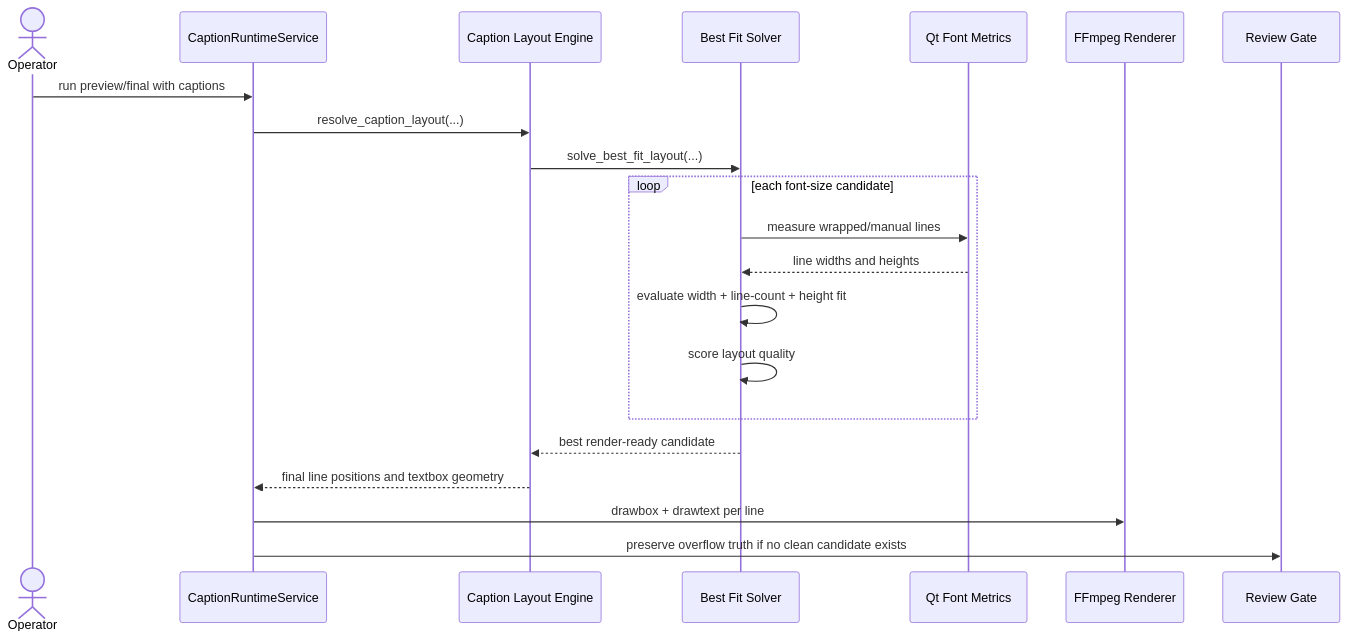
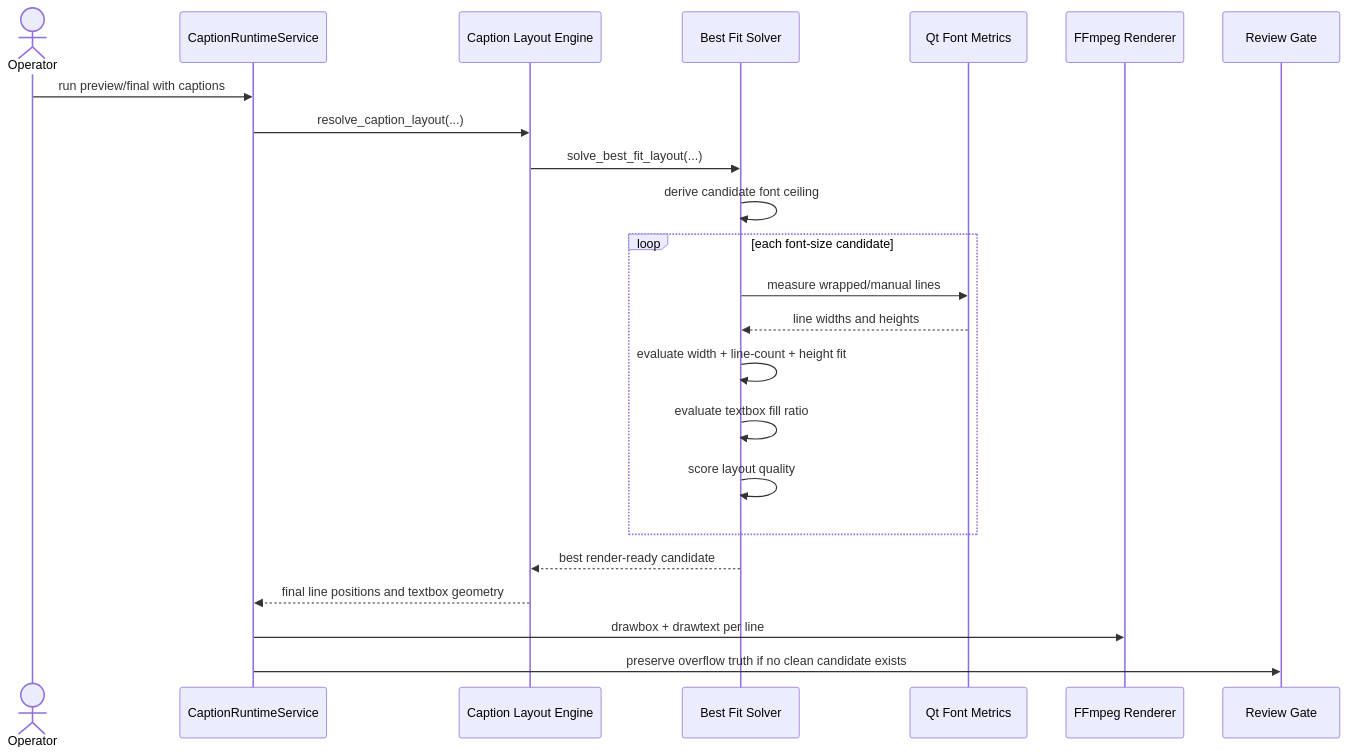
One commit to idev006/MTClipFactory changed the second of 2 diagrams in doc/52_Best_Fit_Caption_Solver_Workflow_2026-06-15.md. Above: the diagram before and after it, drawn with Mermaid. The commit also changed other lines of this file and 3 other files, not shown here.

````diff
--- a/doc/52_Best_Fit_Caption_Solver_Workflow_2026-06-15.md
+++ b/doc/52_Best_Fit_Caption_Solver_Workflow_2026-06-15.md
@@ -93,24 +97,26 @@
 ```mermaid
 sequenceDiagram
     actor Operator
     participant Runtime as CaptionRuntimeService
     participant Layout as Caption Layout Engine
     participant Solver as Best Fit Solver
     participant Metrics as Qt Font Metrics
     participant Render as FFmpeg Renderer
     participant Review as Review Gate
 
     Operator->>Runtime: run preview/final with captions
     Runtime->>Layout: resolve_caption_layout(...)
     Layout->>Solver: solve_best_fit_layout(...)
+    Solver->>Solver: derive candidate font ceiling
     loop each font-size candidate
         Solver->>Metrics: measure wrapped/manual lines
         Metrics-->>Solver: line widths and heights
         Solver->>Solver: evaluate width + line-count + height fit
+        Solver->>Solver: evaluate textbox fill ratio
         Solver->>Solver: score layout quality
     end
     Solver-->>Layout: best render-ready candidate
     Layout-->>Runtime: final line positions and textbox geometry
     Runtime->>Render: drawbox + drawtext per line
     Runtime->>Review: preserve overflow truth if no clean candidate exists
 ```
````
